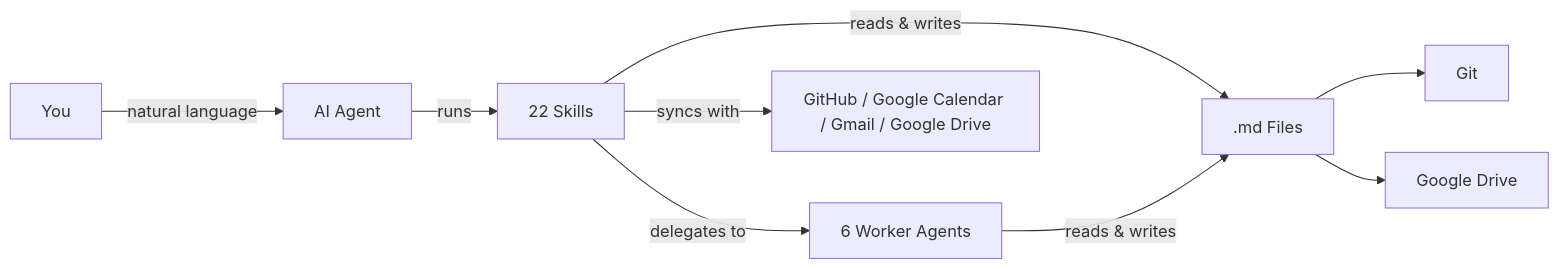
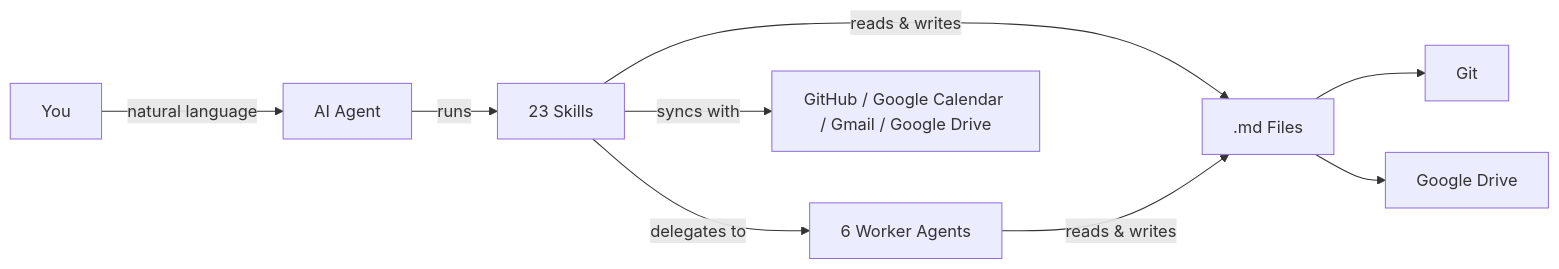
One commit to evanblasband/COG-second-brain changed the first of 2 diagrams in README.md. Above: the diagram before and after it, drawn with Mermaid. The commit also changed other lines of this file and 3 other files, not shown here.

````diff
--- a/README.md
+++ b/README.md
@@ -13,11 +13,11 @@
 ```mermaid
 graph LR
     A[You] -- natural language --> B[AI Agent]
-    B -- runs --> C[22 Skills]
+    B -- runs --> C[23 Skills]
     C -- delegates to --> W[6 Worker Agents]
     C -- reads & writes --> D[.md Files]
     W -- reads & writes --> D
     C -- syncs with --> G[GitHub / Google Calendar / Gmail / Google Drive]
     D --> E[Git]
     D --> F[Google Drive]
 ```
````
